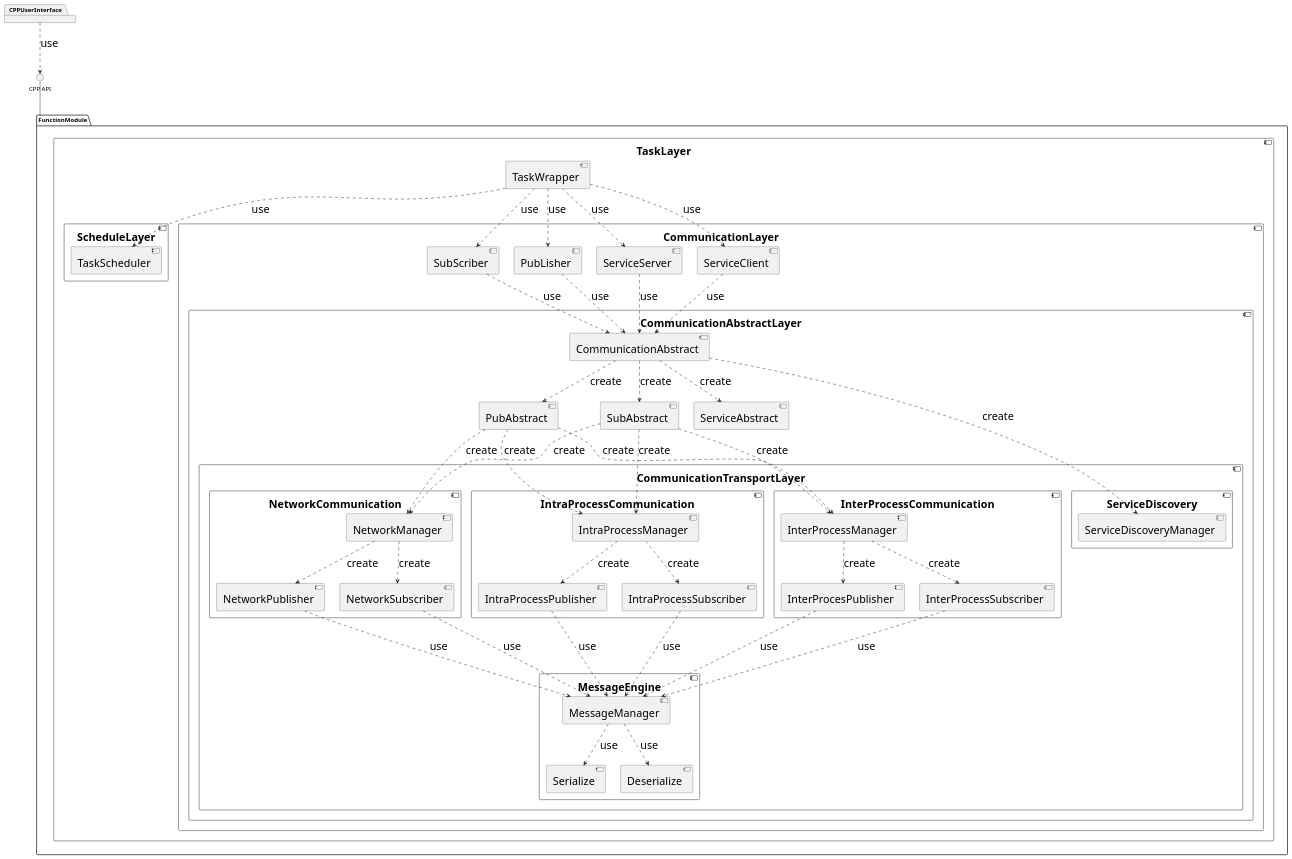
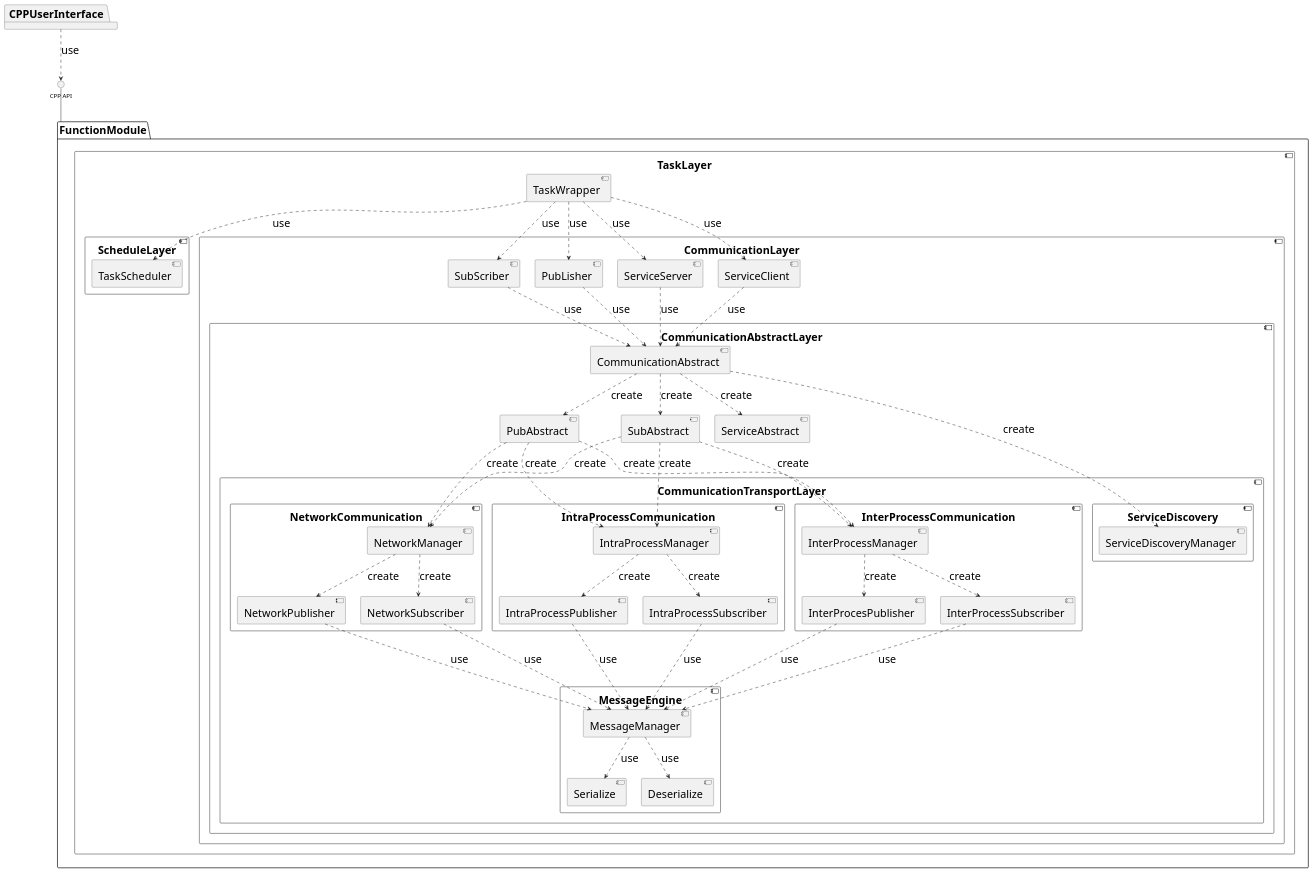
Before and after one commit to woshigerunze/new_paper: the diagram in uml/distributeModule.wsd, drawn with PlantUML. The commit also changed 3 other files, not shown here.

```diff
--- a/uml/distributeModule.wsd
+++ b/uml/distributeModule.wsd
@@ -1,101 +1,121 @@
 @startuml
 skinparam component{
     FontSize 25
     TitleFontSize 25
     ArrowFontSize 25
     InterfaceFontSize 25
     CaptionFontSize 25
     HeaderFontSize 25
     LabelFontSize 25
     DomainFontSize 25
-    PackageFontSize 35
+    PackageFontSize 25
     ComponentFontSize 25
+    SequenceTitleFontSize 25
+    LabelFontSize 25
+    FolderFontSize 25
+    DomainFontSize 25
+}
+skinparam package{
+    FontSize 25
+    TitleFontSize 25
+    ArrowFontSize 25
+    InterfaceFontSize 25
+    CaptionFontSize 25
+    HeaderFontSize 25
+    LabelFontSize 25
+    DomainFontSize 25
+    PackageFontSize 25
+    ComponentFontSize 25
+    SequenceTitleFontSize 25
+    LabelFontSize 25
+    FolderFontSize 25
+    DomainFontSize 25
 }
 package CPPUserInterface
 package FunctionModule{
 component TaskLayer{
     [TaskWrapper]
     component ScheduleLayer{
         [TaskScheduler]
     }
     component CommunicationLayer{
         [SubScriber]
         [PubLisher]
         [ServiceServer]
         [ServiceClient]
         component CommunicationAbstractLayer{
             [CommunicationAbstract]
             [PubAbstract]
             [SubAbstract]
             [ServiceAbstract]
         component CommunicationTransportLayer{
             component NetworkCommunication{
                 [NetworkManager]
                 [NetworkPublisher]
                 [NetworkSubscriber]
             }
             component IntraProcessCommunication{
                 [IntraProcessManager]
                 [IntraProcessPublisher]
                 [IntraProcessSubscriber]
             }
             component InterProcessCommunication{
                 [InterProcessManager]
                 [InterProcesPublisher]
                 [InterProcessSubscriber]
             }
             component MessageEngine{
                 [MessageManager]
                 [Serialize]
                 [Deserialize]
             }
             component ServiceDiscovery{
                 [ServiceDiscoveryManager]
             }
         }
         }
     }
 }
 [TaskWrapper] ..> [TaskScheduler] : use
 [TaskWrapper] ..> [SubScriber] : use
 [TaskWrapper] ..> [PubLisher] : use
 [TaskWrapper] ..> [ServiceServer] : use
 [TaskWrapper] ..> [ServiceClient] : use
 
 [SubScriber] ..> [CommunicationAbstract] : use
 [PubLisher] ..> [CommunicationAbstract] : use
 [ServiceServer] ..> [CommunicationAbstract] : use
 [ServiceClient] ..> [CommunicationAbstract] : use
 
 [CommunicationAbstract] ..> [PubAbstract] : create
 [CommunicationAbstract] ..> [SubAbstract] : create
 [CommunicationAbstract] ..> [ServiceAbstract] : create
 [CommunicationAbstract] ..> [ServiceDiscoveryManager] : create
 
 [PubAbstract] ..> [NetworkManager] : create
 [PubAbstract] ..> [IntraProcessManager] : create
 [PubAbstract] ..> [InterProcessManager] : create
 
 [SubAbstract] ..> [NetworkManager] : create
 [SubAbstract] ..> [IntraProcessManager] : create
 [SubAbstract] ..> [InterProcessManager] : create
 
 [NetworkManager] ..> [NetworkPublisher] : create
 [NetworkManager] ..> [NetworkSubscriber] : create
 [IntraProcessManager] ..> [IntraProcessPublisher] : create
 [IntraProcessManager] ..> [IntraProcessSubscriber] : create
 [InterProcessManager] ..> [InterProcesPublisher] : create
 [InterProcessManager] ..> [InterProcessSubscriber] : create
 
 [NetworkPublisher] ..down-> [MessageManager] : use
 [NetworkSubscriber] ..down-> [MessageManager] : use
 [IntraProcessPublisher] ..down-> [MessageManager] : use
 [IntraProcessSubscriber] ..down-> [MessageManager] : use
 [InterProcesPublisher] ..down-> [MessageManager] : use
 [InterProcessSubscriber] ..down-> [MessageManager] : use
 [MessageManager] ..> [Deserialize] : use
 [MessageManager] ..> [Serialize] : use
 }
 FunctionModule -up-  () "CPP API"
 CPPUserInterface ..> () "CPP API" : use
 @enduml
```
